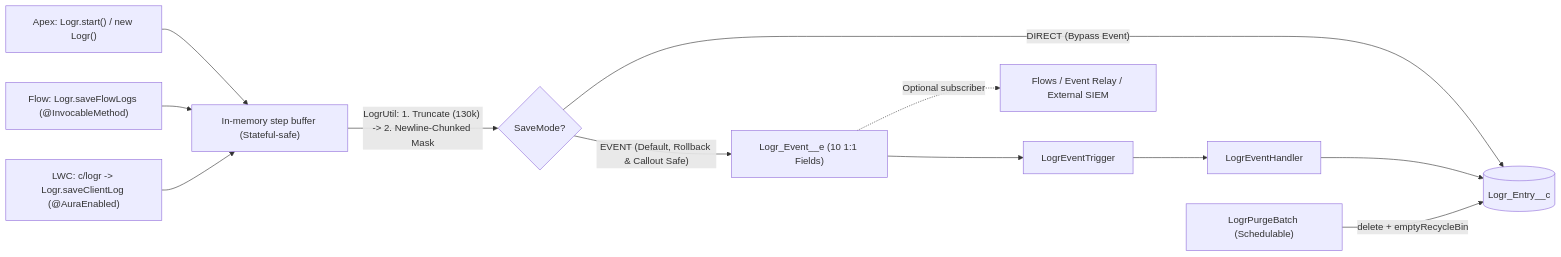
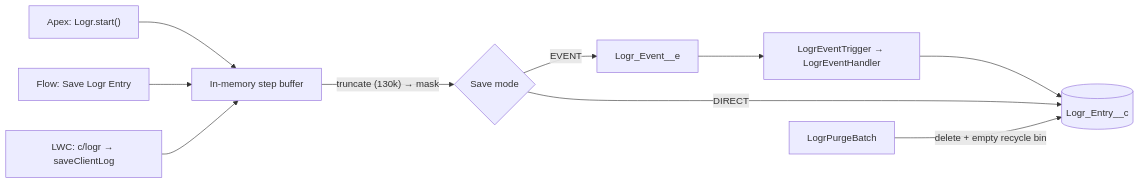
The diagram in README.md (nithesh1992/Logr), drawn with Mermaid before and after one commit. The commit also changed other lines of this file, not shown here.

````diff
--- a/README.md
+++ b/README.md
@@ -288,12 +211,10 @@
 ```mermaid
 flowchart LR
-    A["Apex: Logr.start() / new Logr()"] --> B["In-memory step buffer (Stateful-safe)"]
-    F["Flow: Logr.saveFlowLogs (@InvocableMethod)"] --> B
-    L["LWC: c/logr -> Logr.saveClientLog (@AuraEnabled)"] --> B
-    B -->|"LogrUtil: 1. Truncate (130k) -> 2. Newline-Chunked Mask"| M{"SaveMode?"}
-    M -->|"EVENT (Default, Rollback & Callout Safe)"| E["Logr_Event__e (10 1:1 Fields)"]
-    M -->|"DIRECT (Bypass Event)"| R[("Logr_Entry__c")]
-    E --> T["LogrEventTrigger"] --> H["LogrEventHandler"] --> R
-    E -.->|"Optional subscriber"| X["Flows / Event Relay / External SIEM"]
-    S["LogrPurgeBatch (Schedulable)"] -->|"delete + emptyRecycleBin"| R
+    A["Apex: Logr.start()"] --> B["In-memory step buffer"]
+    F["Flow: Save Logr Entry"] --> B
+    L["LWC: c/logr → saveClientLog"] --> B
+    B -->|"truncate (130k) → mask"| M{"Save mode"}
+    M -->|"EVENT"| E["Logr_Event__e"] --> T["LogrEventTrigger → LogrEventHandler"] --> R[("Logr_Entry__c")]
+    M -->|"DIRECT"| R
+    S["LogrPurgeBatch"] -->|"delete + empty recycle bin"| R
 ```
````
